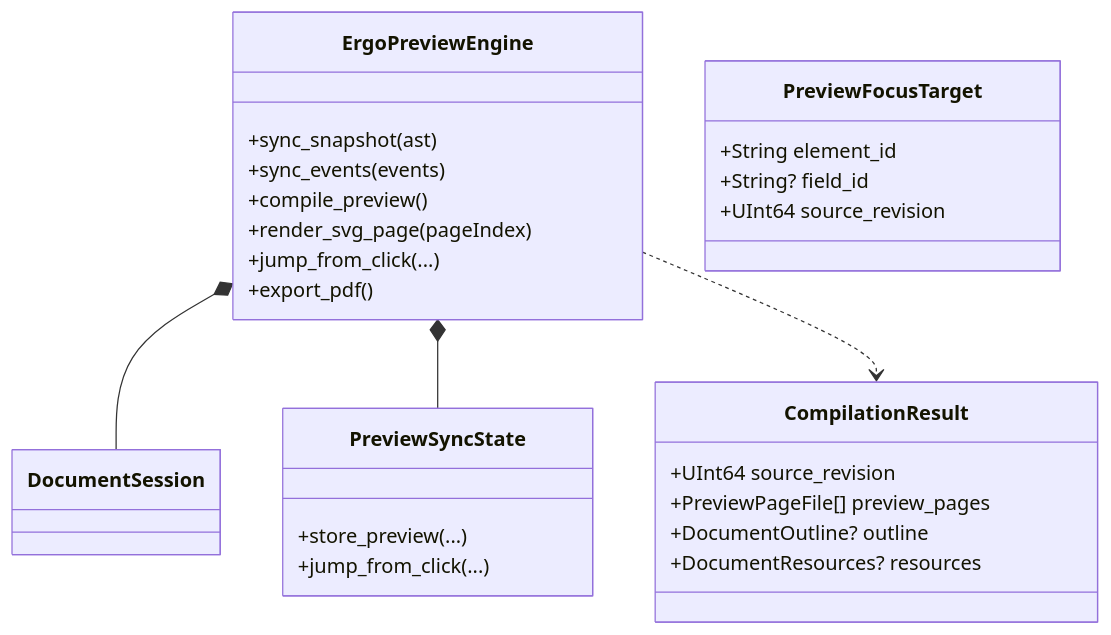
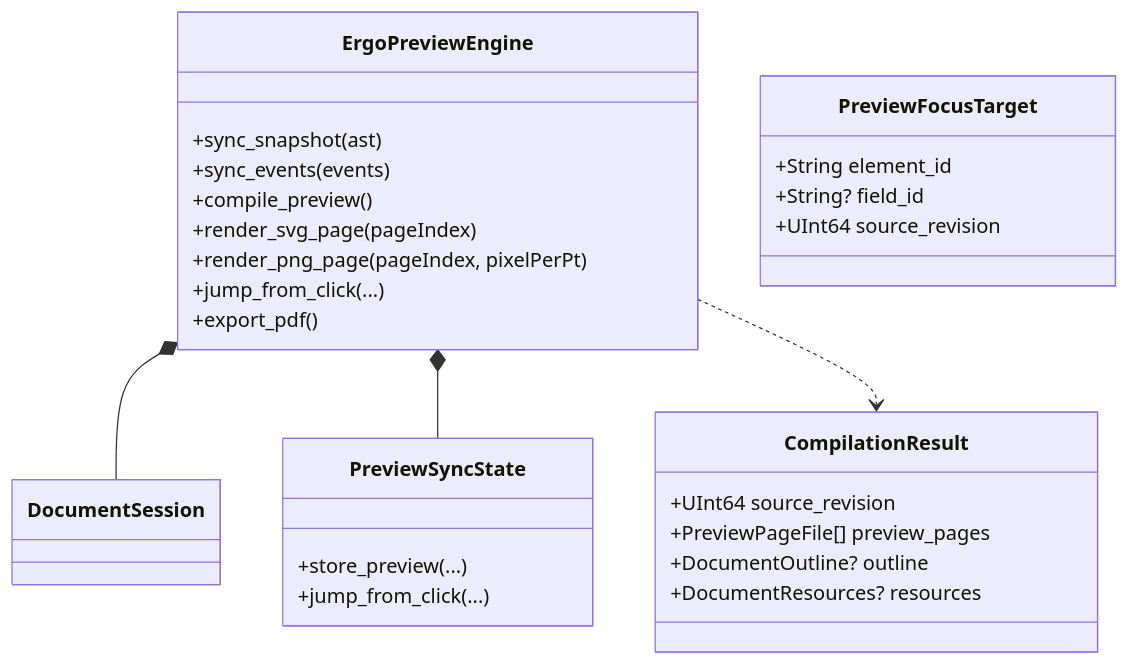
The sixth of 6 diagrams in context/class-diagrams.md (andmoreduro/ergo), drawn with Mermaid before and after one commit. The commit also changed 3 other files, not shown here.

````diff
--- a/context/class-diagrams.md
+++ b/context/class-diagrams.md
@@ -205,29 +205,30 @@
 ```mermaid
 classDiagram
     class ErgoPreviewEngine {
         +sync_snapshot(ast)
         +sync_events(events)
         +compile_preview()
         +render_svg_page(pageIndex)
+        +render_png_page(pageIndex, pixelPerPt)
         +jump_from_click(...)
         +export_pdf()
     }
     class PreviewSyncState {
         +store_preview(...)
         +jump_from_click(...)
     }
     class CompilationResult {
         +UInt64 source_revision
         +PreviewPageFile[] preview_pages
         +DocumentOutline? outline
         +DocumentResources? resources
     }
     class PreviewFocusTarget {
         +String element_id
         +String? field_id
         +UInt64 source_revision
     }
     ErgoPreviewEngine *-- DocumentSession
     ErgoPreviewEngine *-- PreviewSyncState
     ErgoPreviewEngine ..> CompilationResult
 ```
````
